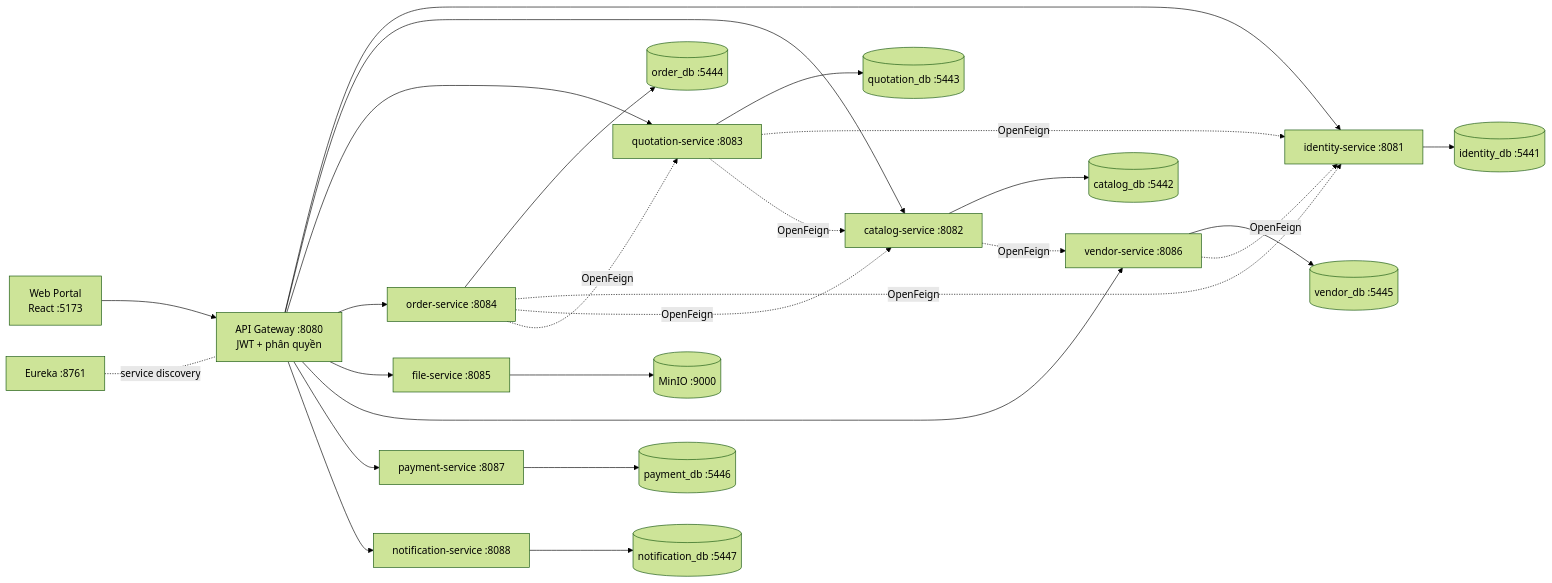
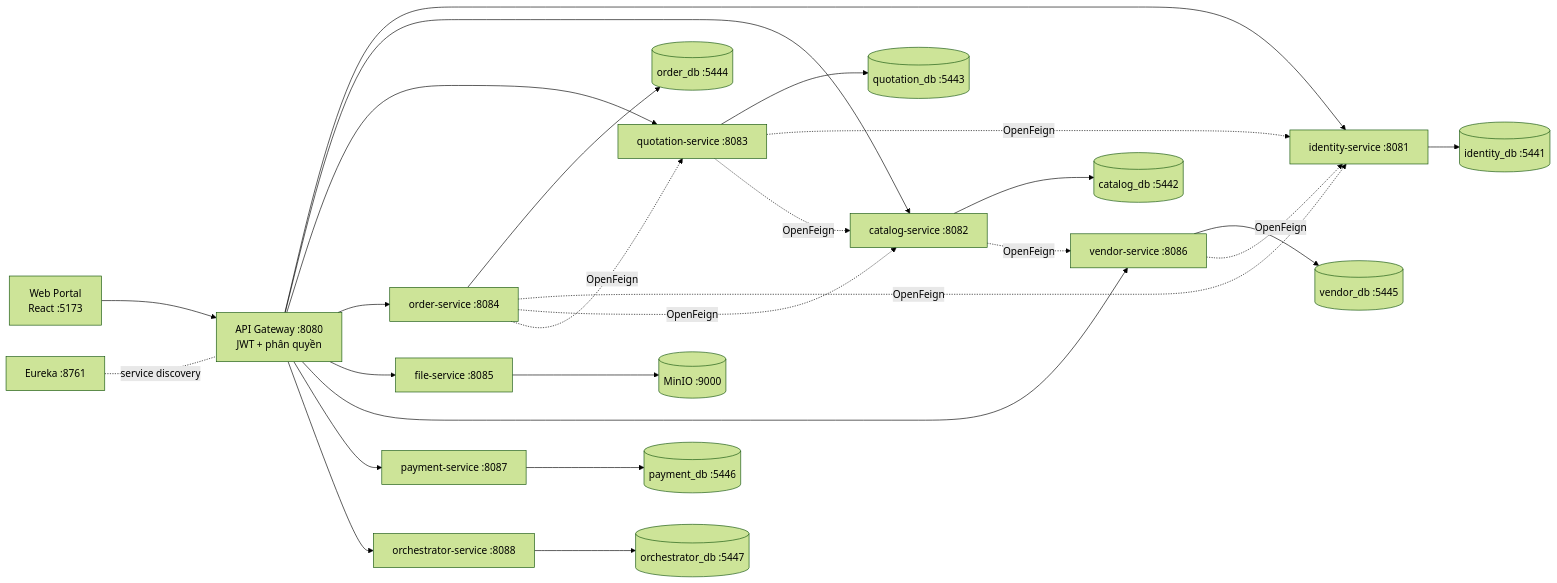
Before and after one commit to LeTran30/MSS301-moonkage-platform-project: the diagram in README.md, drawn with Mermaid (forest theme). The commit also changed other lines of this file and 160 other files, not shown here.

````diff
--- a/README.md
+++ b/README.md
@@ -52,28 +52,28 @@
 ```mermaid
 flowchart LR
     Web["Web Portal<br/>React :5173"] --> GW["API Gateway :8080<br/>JWT + phân quyền"]
     GW --> ID["identity-service :8081"]
     GW --> CA["catalog-service :8082"]
     GW --> TE["quotation-service :8083"]
     GW --> OR["order-service :8084"]
     GW --> FI["file-service :8085"]
     GW --> VE["vendor-service :8086"]
     GW --> PA["payment-service :8087"]
-    GW --> NO["notification-service :8088"]
+    GW --> NO["orchestrator-service :8088"]
     ID --> IDB[("identity_db :5441")]
     CA --> CDB[("catalog_db :5442")]
     TE --> TDB[("quotation_db :5443")]
     OR --> ODB[("order_db :5444")]
     FI --> MI[("MinIO :9000")]
     VE --> VDB[("vendor_db :5445")]
     PA --> PDB[("payment_db :5446")]
-    NO --> NDB[("notification_db :5447")]
+    NO --> NDB[("orchestrator_db :5447")]
     CA -. OpenFeign .-> VE
     VE -. OpenFeign .-> ID
     TE -. OpenFeign .-> ID
     TE -. OpenFeign .-> CA
     OR -. OpenFeign .-> ID
     OR -. OpenFeign .-> CA
     OR -. OpenFeign .-> TE
     EU["Eureka :8761"] -.-|service discovery| GW
 ```
````
